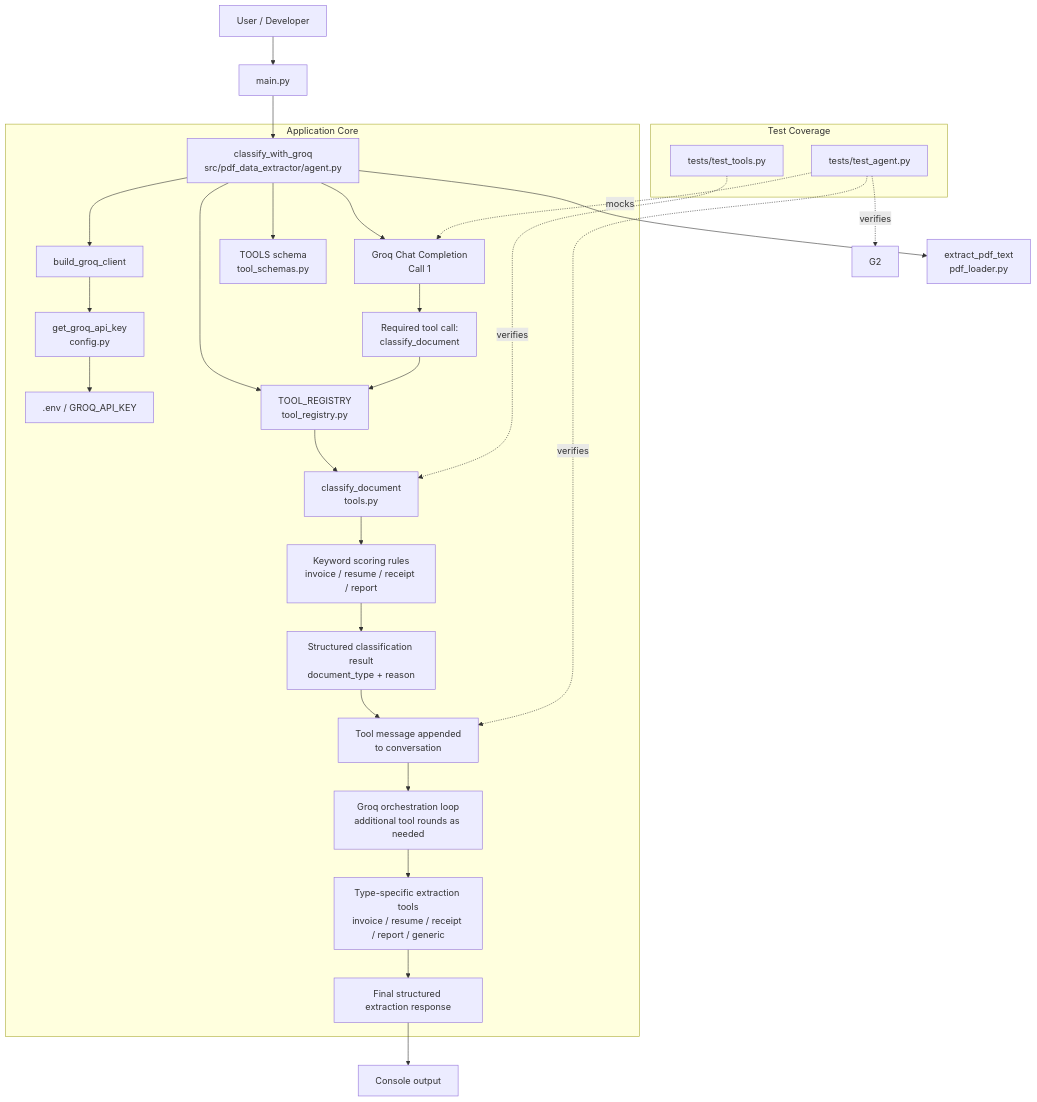
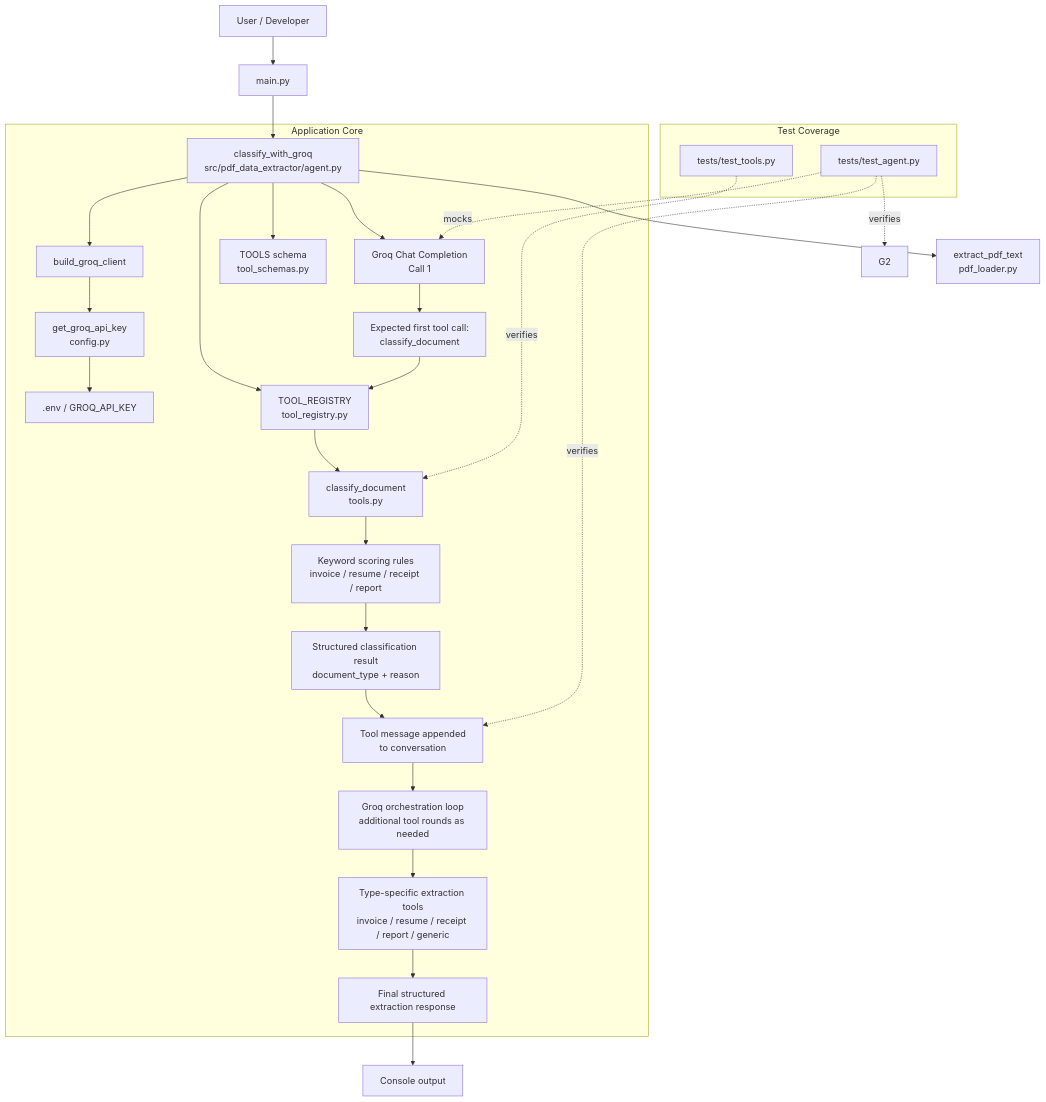
The diagram in README.md (E-techgod/pdf-data-extractor), drawn with Mermaid before and after one commit. The commit also changed other lines of this file and 3 other files, not shown here.

Commit message:
Fix Groq tool call orchestration

````diff
--- a/README.md
+++ b/README.md
@@ -38,41 +38,41 @@
 ```mermaid
 flowchart TD
     U[User / Developer] --> M[main.py]
     M --> A[classify_with_groq<br/>src/pdf_data_extractor/agent.py]
 
     subgraph AppCore[Application Core]
         A --> C[build_groq_client]
         C --> K[get_groq_api_key<br/>config.py]
         K --> E[.env / GROQ_API_KEY]
 
         A --> G1[Groq Chat Completion<br/>Call 1]
         A --> S[TOOLS schema<br/>tool_schemas.py]
         A --> R[TOOL_REGISTRY<br/>tool_registry.py]
 
-        G1 --> TC[Required tool call:<br/>classify_document]
+        G1 --> TC[Expected first tool call:<br/>classify_document]
         TC --> R
         R --> T[classify_document<br/>tools.py]
 
         T --> KG[Keyword scoring rules<br/>invoice / resume / receipt / report]
         KG --> CR[Structured classification result<br/>document_type + reason]
 
         CR --> TM[Tool message appended<br/>to conversation]
         TM --> GL[Groq orchestration loop<br/>additional tool rounds as needed]
         GL --> EX[Type-specific extraction tools<br/>invoice / resume / receipt / report / generic]
         EX --> FR[Final structured extraction response]
     end
 
     FR --> O[Console output]
 
     subgraph Tests[Test Coverage]
         TA[tests/test_agent.py]
         TT[tests/test_tools.py]
     end
 
     TA -. mocks .-> G1
     TA -. verifies .-> TM
     TA -. verifies .-> G2
     TT -. verifies .-> T
 
     A --> P[extract_pdf_text<br/>pdf_loader.py]
 ```
````
